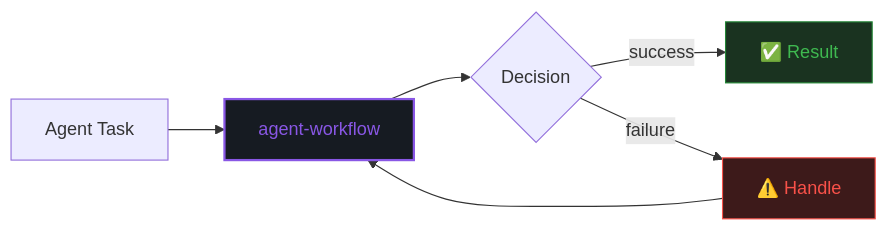
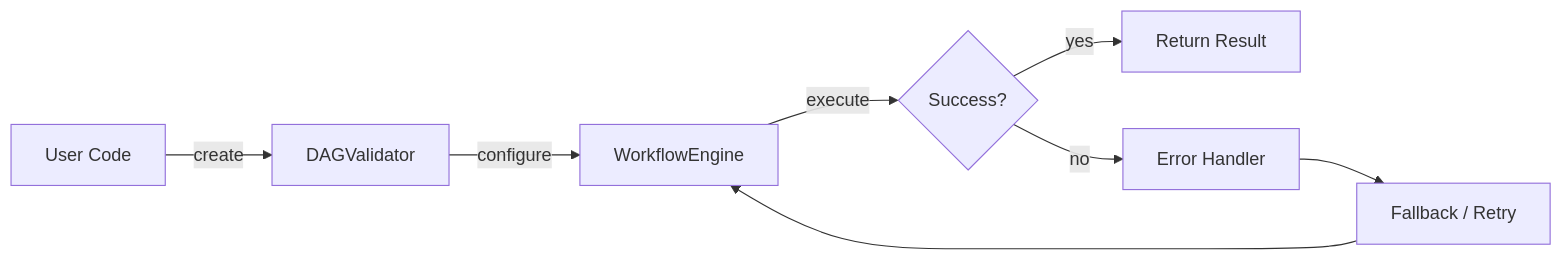
The first of 2 diagrams in README.md (darshjme/karma), drawn with Mermaid before and after one commit. The commit also changed other lines of this file and 1 other file, not shown here.

````diff
--- a/README.md
+++ b/README.md
@@ -59,12 +71,10 @@
 ```mermaid
 flowchart LR
-    A[Agent Task] --> B[agent-workflow]
-    B --> C{Decision}
-    C -->|success| D[✅ Result]
-    C -->|failure| E[⚠️ Handle]
-    E --> B
-
-    style B fill:#161b22,stroke:#8957e5,stroke-width:2,color:#8957e5
-    style D fill:#1a3320,stroke:#238636,color:#3fb950
-    style E fill:#3d1a1a,stroke:#f85149,color:#f85149
+    A[User Code] -->|create| B[DAGValidator]
+    B -->|configure| C[WorkflowEngine]
+    C -->|execute| D{Success?}
+    D -->|yes| E[Return Result]
+    D -->|no| F[Error Handler]
+    F --> G[Fallback / Retry]
+    G --> C
 ```
````
